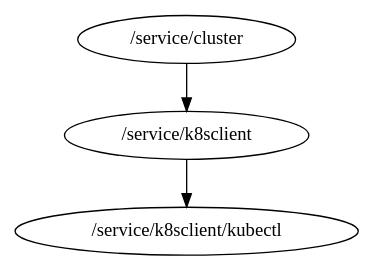
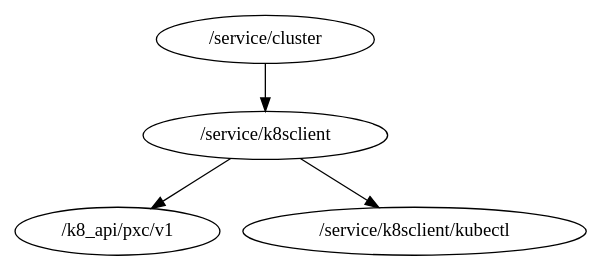
The diagram in packages.dot (percona/dbaas-controller), drawn with Graphviz before and after one commit. The commit also changed 3 other files, not shown here.

```diff
--- a/packages.dot
+++ b/packages.dot
@@ -1,4 +1,5 @@
 digraph packages {
 	"/service/cluster" -> "/service/k8sclient";
+	"/service/k8sclient" -> "/k8_api/pxc/v1";
 	"/service/k8sclient" -> "/service/k8sclient/kubectl";
 }
```
